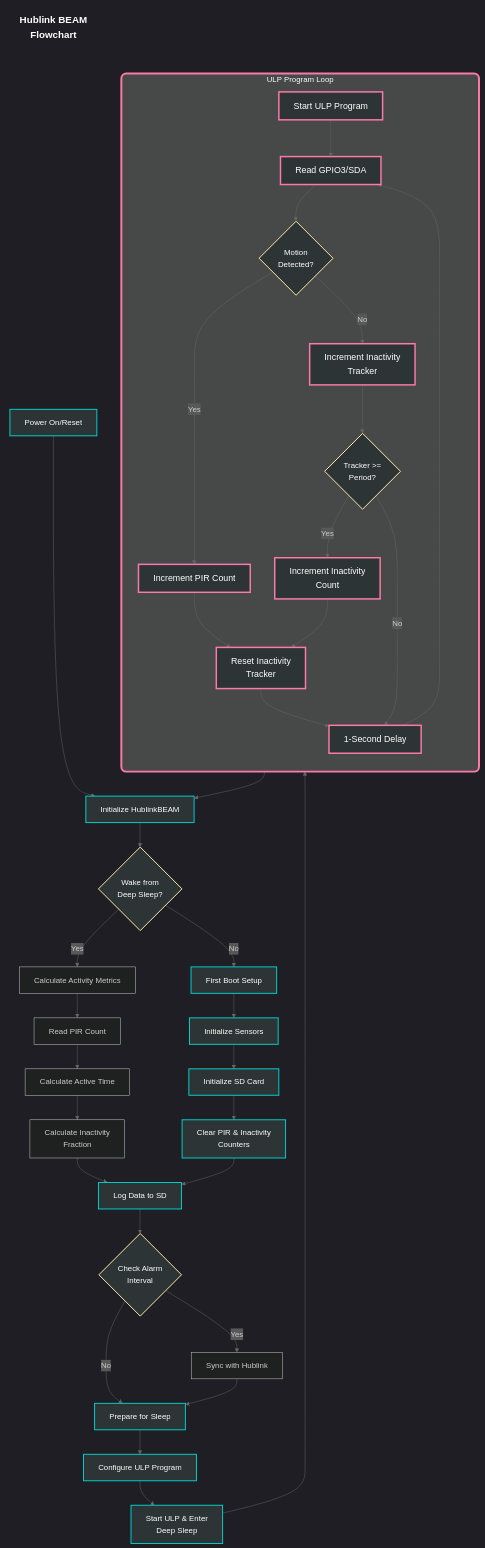
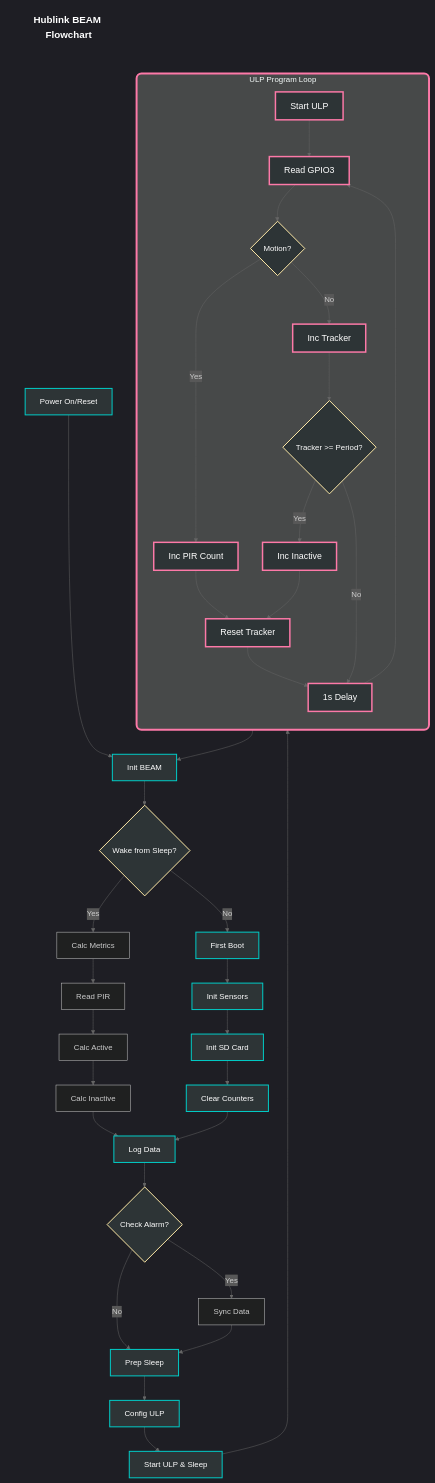
One commit to Neurotech-Hub/Hublink-BEAM changed the diagram in docs/flowchart.md. Above: the diagram before and after it, drawn with Mermaid.

````diff
--- a/docs/flowchart.md
+++ b/docs/flowchart.md
@@ -1,79 +1,79 @@
 ```mermaid
 %%{init: {
     'theme': 'dark',
     'themeVariables': {
         'fontFamily': 'arial',
         'fontSize': '16px',
         'primaryColor': '#1a1a1a',
         'primaryTextColor': '#fff',
         'primaryBorderColor': '#fff',
         'lineColor': '#666',
         'secondaryColor': '#2a2a2a',
         'tertiaryColor': '#2a2a2a'
     }
 }}%%
 flowchart TB
     %% Title in upper left
-    title["Hublink BEAM\nFlowchart"]
+    title["Hublink BEAM Flowchart"]
     style title fill:none,stroke:none,color:#fff,font-size:20px,font-weight:bold
     
     %% Position title to the left of Start
     title --> Start
     linkStyle 0 stroke:none
     
     %% ULP Program Flow - Starts here after deep sleep
     subgraph ULP [ULP Program Loop]
         direction TB
         style ULP stroke-width:4px,stroke:#fd79a8,rx:10
-        ULPStart[Start ULP Program] --> ReadGPIO[Read GPIO3/SDA]
-        ReadGPIO --> Motion{Motion\nDetected?}
-        Motion -- Yes --> IncPIR[Increment PIR Count]
-        IncPIR --> ResetTracker[Reset Inactivity\nTracker]
-        Motion -- No --> IncTracker[Increment Inactivity\nTracker]
-        IncTracker --> CheckPeriod{Tracker >=\nPeriod?}
-        CheckPeriod -- Yes --> IncInactive[Increment Inactivity\nCount]
+        ULPStart[Start ULP] --> ReadGPIO[Read GPIO3]
+        ReadGPIO --> Motion{Motion?}
+        Motion -- Yes --> IncPIR[Inc PIR Count]
+        IncPIR --> ResetTracker[Reset Tracker]
+        Motion -- No --> IncTracker[Inc Tracker]
+        IncTracker --> CheckPeriod{Tracker >= Period?}
+        CheckPeriod -- Yes --> IncInactive[Inc Inactive]
         IncInactive --> ResetTracker
-        CheckPeriod -- No --> Delay[1-Second Delay]
+        CheckPeriod -- No --> Delay[1s Delay]
         ResetTracker --> Delay
         Delay --> ReadGPIO
     end
     
     %% Main Program Flow - After ULP or power on
-    Start[Power On/Reset] --> Init[Initialize HublinkBEAM]
+    Start[Power On/Reset] --> Init[Init BEAM]
     ULP --> Init
-    Init --> CheckWake{Wake from\nDeep Sleep?}
+    Init --> CheckWake{Wake from Sleep?}
     
     %% First Boot Path
-    CheckWake -- No --> FirstBoot[First Boot Setup]
-    FirstBoot --> InitSensors[Initialize Sensors]
-    InitSensors --> InitSD[Initialize SD Card]
-    InitSD --> ClearCounters[Clear PIR & Inactivity\nCounters]
+    CheckWake -- No --> FirstBoot[First Boot]
+    FirstBoot --> InitSensors[Init Sensors]
+    InitSensors --> InitSD[Init SD Card]
+    InitSD --> ClearCounters[Clear Counters]
     
     %% Wake from Sleep Path
-    CheckWake -- Yes --> CalcMetrics[Calculate Activity Metrics]
-    CalcMetrics --> ReadPIR[Read PIR Count]
-    ReadPIR --> CalcActive[Calculate Active Time]
-    CalcActive --> CalcInactive[Calculate Inactivity\nFraction]
+    CheckWake -- Yes --> CalcMetrics[Calc Metrics]
+    CalcMetrics --> ReadPIR[Read PIR]
+    ReadPIR --> CalcActive[Calc Active]
+    CalcActive --> CalcInactive[Calc Inactive]
     
     %% Main Loop from BasicLoggingHublink.ino
-    CalcInactive --> LogData[Log Data to SD]
+    CalcInactive --> LogData[Log Data]
     ClearCounters --> LogData
-    LogData --> CheckAlarm{Check Alarm\nInterval}
-    CheckAlarm -- Yes --> SyncData[Sync with Hublink]
-    CheckAlarm -- No --> PrepSleep[Prepare for Sleep]
+    LogData --> CheckAlarm{Check Alarm?}
+    CheckAlarm -- Yes --> SyncData[Sync Data]
+    CheckAlarm -- No --> PrepSleep[Prep Sleep]
     SyncData --> PrepSleep
     
     %% Sleep Preparation
-    PrepSleep --> ConfigULP[Configure ULP Program]
-    ConfigULP --> StartULP[Start ULP & Enter\nDeep Sleep]
+    PrepSleep --> ConfigULP[Config ULP]
+    ConfigULP --> StartULP[Start ULP & Sleep]
     StartULP --> ULP
 
     %% Styling
     classDef process fill:#2d3436,stroke:#00cec9,stroke-width:2px,color:#fff
     classDef decision fill:#2d3436,stroke:#ffeaa7,stroke-width:2px,color:#fff
     classDef ulp fill:#2d3436,stroke:#fd79a8,stroke-width:3px,color:#fff,font-size:18px
     
     class Start,Init,FirstBoot,InitSensors,InitSD,ClearCounters,LogData,PrepSleep,ConfigULP,StartULP process
     class CheckWake,CheckAlarm,Motion,CheckPeriod decision
     class ULPStart,ReadGPIO,IncPIR,ResetTracker,IncTracker,IncInactive,Delay ulp
 ``` 
````
